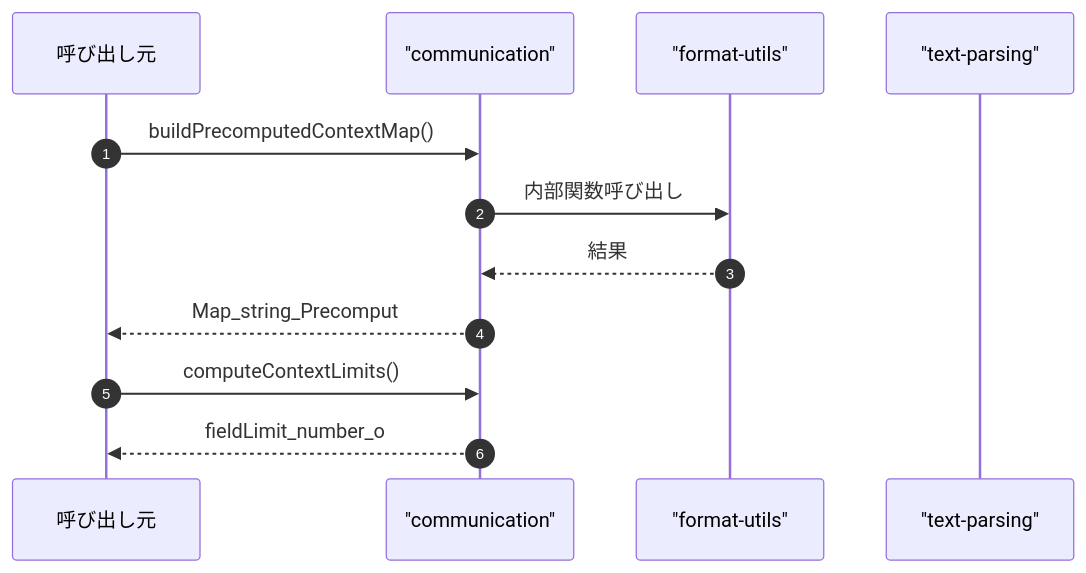
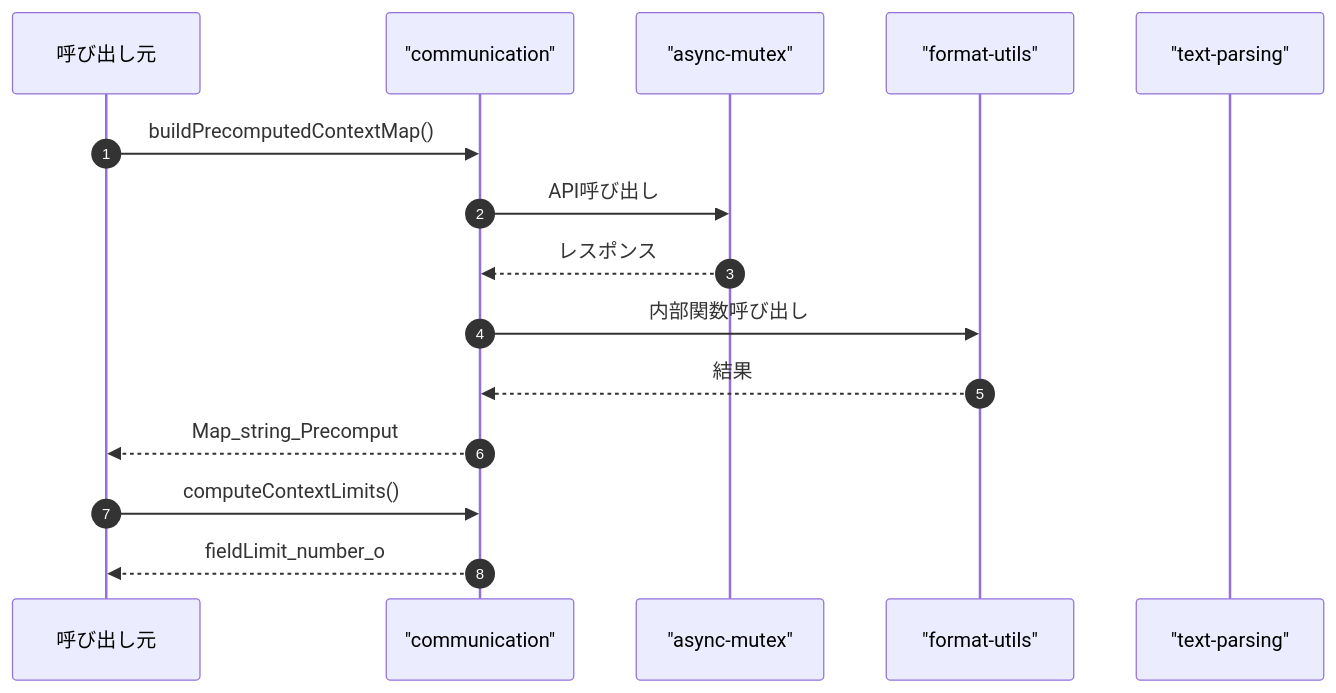
The fourth of 4 diagrams in ABDD/.pi/extensions/agent-teams/communication.md (Mekann2904/mekann), drawn with Mermaid before and after one commit. The commit also changed other lines of this file and 189 other files, not shown here.

````diff
--- a/ABDD/.pi/extensions/agent-teams/communication.md
+++ b/ABDD/.pi/extensions/agent-teams/communication.md
@@ -150,16 +154,19 @@
 ```mermaid
 sequenceDiagram
   autonumber
   participant Caller as 呼び出し元
   participant communication as "communication"
+  participant async_mutex as "async-mutex"
   participant format_utils as "format-utils"
   participant text_parsing as "text-parsing"
 
   Caller->>communication: buildPrecomputedContextMap()
+  communication->>async_mutex: API呼び出し
+  async_mutex-->>communication: レスポンス
   communication->>format_utils: 内部関数呼び出し
   format_utils-->>communication: 結果
   communication-->>Caller: Map_string_Precomput
 
   Caller->>communication: computeContextLimits()
   communication-->>Caller: fieldLimit_number_o
 ```
````
